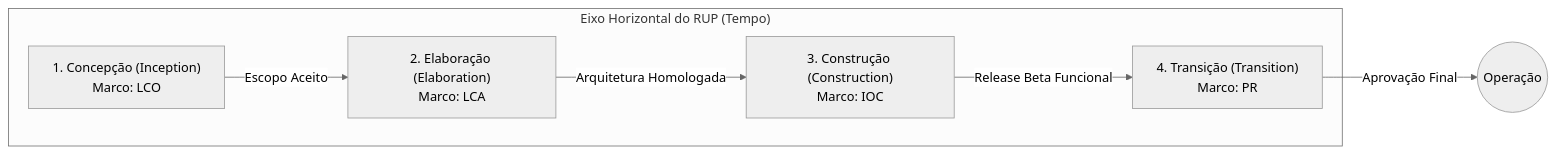
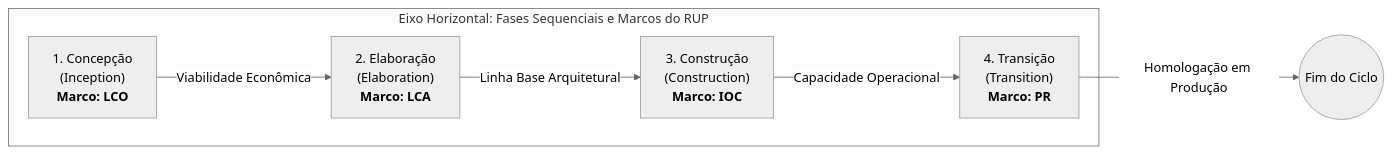
The eighth of 33 diagrams in 3º Semestre/[Prof. Marcelo Boer] Engenharia de Software I/Resumos-IA/Caderno-Consolidado.md (murilolol/unifef), drawn with Mermaid (neutral theme) before and after one commit. The commit also changed other lines of this file and 40 other files, not shown here.

````diff
--- a/3º Semestre/[Prof. Marcelo Boer] Engenharia de Software I/Resumos-IA/Caderno-Consolidado.md
+++ b/3º Semestre/[Prof. Marcelo Boer] Engenharia de Software I/Resumos-IA/Caderno-Consolidado.md
@@ -475,14 +303,14 @@
 ```mermaid
 flowchart LR
-    subgraph EixoHorizontal["Eixo Horizontal do RUP (Tempo)"]
-        F1["1. Concepção (Inception)<br>Marco: LCO"]
-        F2["2. Elaboração (Elaboration)<br>Marco: LCA"]
-        F3["3. Construção (Construction)<br>Marco: IOC"]
-        F4["4. Transição (Transition)<br>Marco: PR"]
+    subgraph FasesRUP["Eixo Horizontal: Fases Sequenciais e Marcos do RUP"]
+        F_INC["1. Concepção<br>(Inception)<br><b>Marco: LCO</b>"]
+        F_ELA["2. Elaboração<br>(Elaboration)<br><b>Marco: LCA</b>"]
+        F_CON["3. Construção<br>(Construction)<br><b>Marco: IOC</b>"]
+        F_TRA["4. Transição<br>(Transition)<br><b>Marco: PR</b>"]
     end
 
-    F1 -->|Escopo Aceito| F2
-    F2 -->|Arquitetura Homologada| F3
-    F3 -->|Release Beta Funcional| F4
-    F4 -->|Aprovação Final| Deploy((Operação))
+    F_INC -->|"Viabilidade Econômica"| F_ELA
+    F_ELA -->|"Linha Base Arquitetural"| F_CON
+    F_CON -->|"Capacidade Operacional"| F_TRA
+    F_TRA -->|"Homologação em Produção"| RUP_END((Fim do Ciclo))
 ```
````
